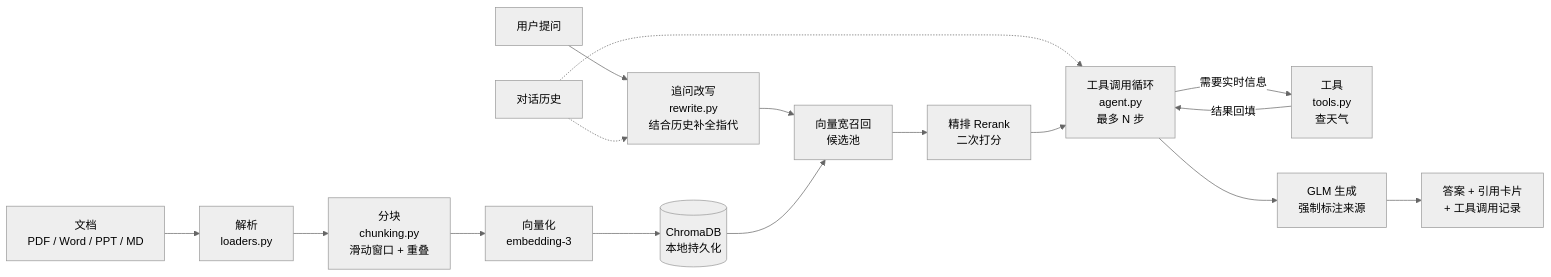
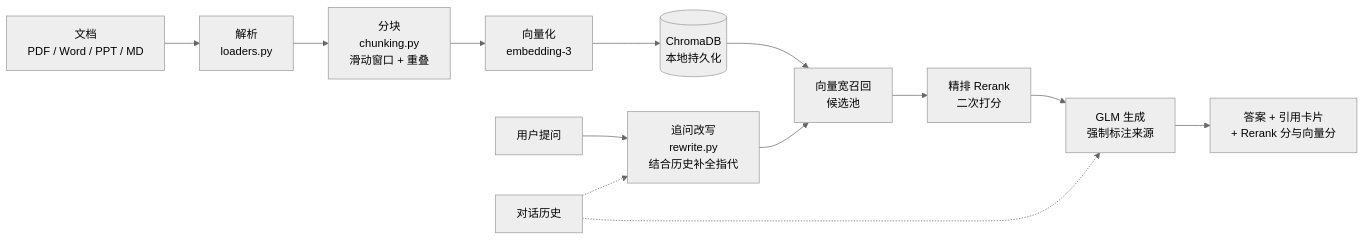
One commit to Yoshino-0721/rag-knowledge-base changed the diagram in README.md. Above: the diagram before and after it, drawn with Mermaid (neutral theme). The commit also changed other lines of this file and 19 other files, not shown here.

````diff
--- a/README.md
+++ b/README.md
@@ -72,19 +63,16 @@
 ```mermaid
 flowchart LR
     A["文档<br/>PDF / Word / PPT / MD"] --> B["解析<br/>loaders.py"]
     B --> C["分块<br/>chunking.py<br/>滑动窗口 + 重叠"]
     C --> D["向量化<br/>embedding-3"]
     D --> E[("ChromaDB<br/>本地持久化")]
 
     Q["用户提问"] --> RW["追问改写<br/>rewrite.py<br/>结合历史补全指代"]
     H2["对话历史"] -.-> RW
-    H2 -.-> AG
+    H2 -.-> H
     RW --> R["向量宽召回<br/>候选池"]
     E --> R
     R --> RR["精排 Rerank<br/>二次打分"]
-    RR --> AG["工具调用循环<br/>agent.py<br/>最多 N 步"]
-    AG -->|"需要实时信息"| T["工具<br/>tools.py<br/>查天气"]
-    T -->|"结果回填"| AG
-    AG --> H["GLM 生成<br/>强制标注来源"]
-    H --> I["答案 + 引用卡片<br/>+ 工具调用记录"]
+    RR --> H["GLM 生成<br/>强制标注来源"]
+    H --> I["答案 + 引用卡片<br/>+ Rerank 分与向量分"]
 ```
````
